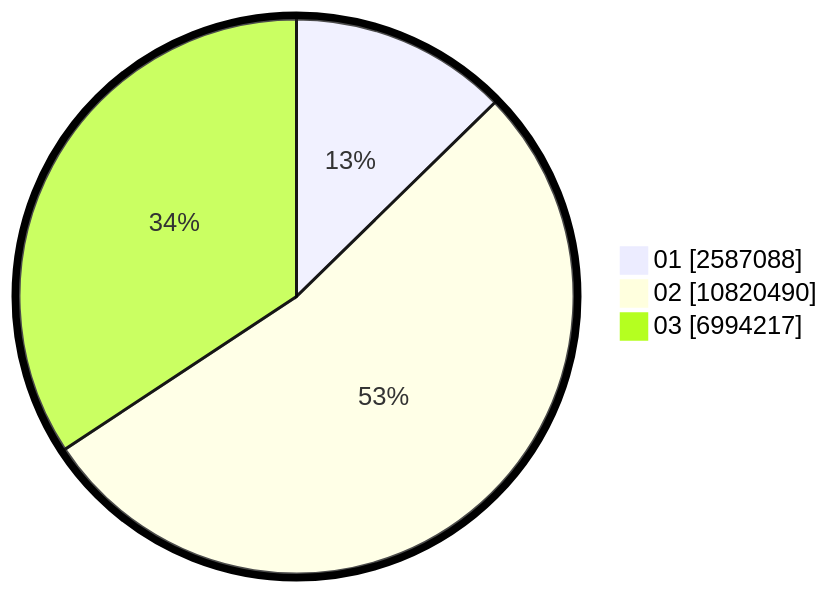
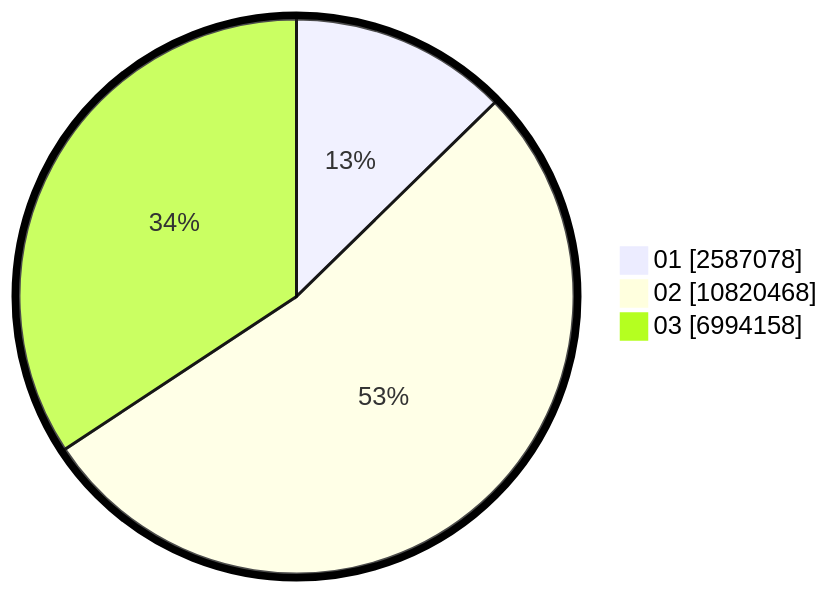
One commit to gigit-pemilu/pemilu-2024 changed the second of 2 diagrams in pilpres/hitung-suara/sub/table-wilayah-33.md. Above: the diagram before and after it, drawn with Mermaid. The commit also changed other lines of this file and 6 other files, not shown here.

````diff
--- a/pilpres/hitung-suara/sub/table-wilayah-33.md
+++ b/pilpres/hitung-suara/sub/table-wilayah-33.md
@@ -15,7 +15,7 @@
 ```mermaid
 %%{init: {"pie": {"textPosition": 0.5}, "themeVariables": {"pieOuterStrokeWidth": "5px"}} }%%
 pie showData
-    "01" : 2587088
-    "02" : 10820490
-    "03" : 6994217
+    "01" : 2587078
+    "02" : 10820468
+    "03" : 6994158
 ```
````
